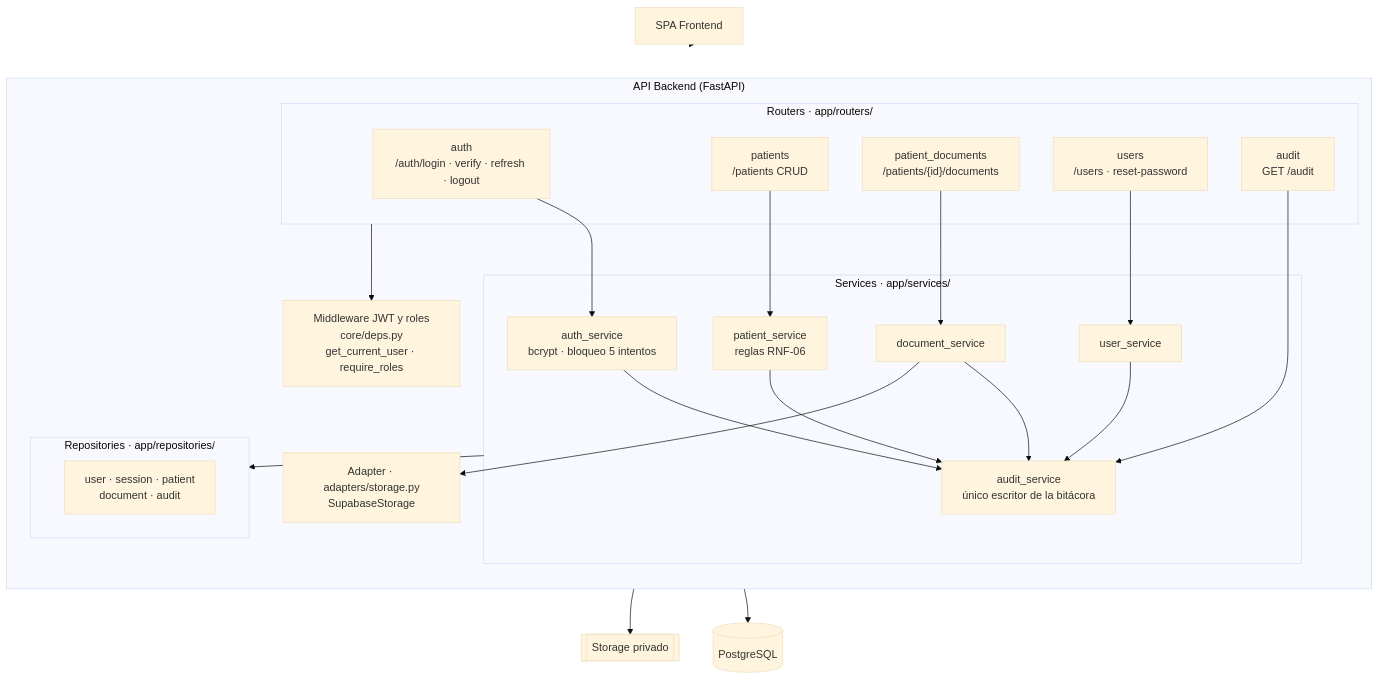
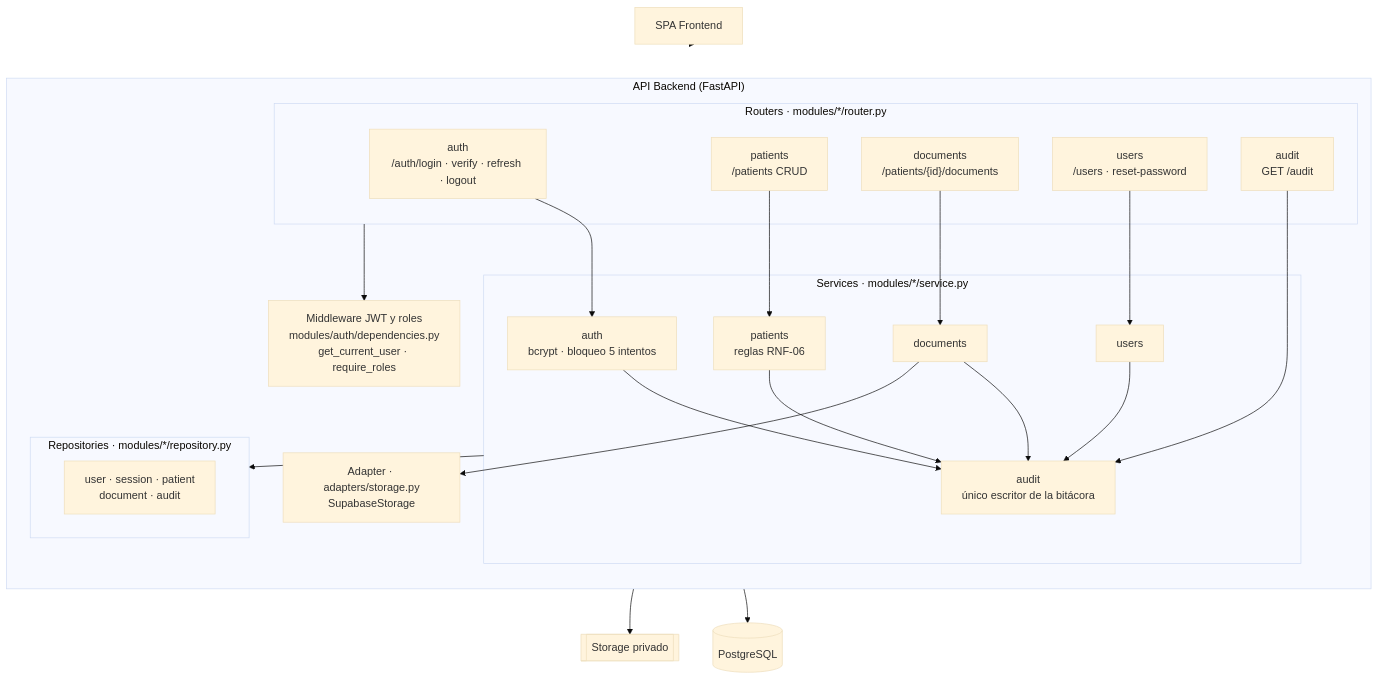
Before and after one commit to Joserppz/soluna-solutions: the third of 4 diagrams in docs/arquitectura/C4_Y_MODELO_ER_ACTUALIZADO.md, drawn with Mermaid (base theme). The commit also changed 76 other files, not shown here.

````diff
--- a/docs/arquitectura/C4_Y_MODELO_ER_ACTUALIZADO.md
+++ b/docs/arquitectura/C4_Y_MODELO_ER_ACTUALIZADO.md
@@ -62,47 +62,47 @@
 ```mermaid
 flowchart TB
     cliente["SPA Frontend"]
 
     subgraph api["API Backend (FastAPI)"]
         direction TB
-        subgraph routers["Routers · app/routers/"]
+        subgraph routers["Routers · modules/*/router.py"]
             r_auth["auth<br/>/auth/login · verify · refresh · logout"]
             r_pat["patients<br/>/patients CRUD"]
-            r_doc["patient_documents<br/>/patients/{id}/documents"]
+            r_doc["documents<br/>/patients/{id}/documents"]
             r_usr["users<br/>/users · reset-password"]
             r_aud["audit<br/>GET /audit"]
         end
 
-        deps["Middleware JWT y roles<br/>core/deps.py<br/>get_current_user · require_roles"]
+        deps["Middleware JWT y roles<br/>modules/auth/dependencies.py<br/>get_current_user · require_roles"]
 
-        subgraph services["Services · app/services/"]
-            s_auth["auth_service<br/>bcrypt · bloqueo 5 intentos"]
-            s_pat["patient_service<br/>reglas RNF-06"]
-            s_doc["document_service"]
-            s_usr["user_service"]
-            s_aud["audit_service<br/>único escritor de la bitácora"]
+        subgraph services["Services · modules/*/service.py"]
+            s_auth["auth<br/>bcrypt · bloqueo 5 intentos"]
+            s_pat["patients<br/>reglas RNF-06"]
+            s_doc["documents"]
+            s_usr["users"]
+            s_aud["audit<br/>único escritor de la bitácora"]
         end
 
-        subgraph repos["Repositories · app/repositories/"]
+        subgraph repos["Repositories · modules/*/repository.py"]
             rp["user · session · patient<br/>document · audit"]
         end
 
         adapter["Adapter · adapters/storage.py<br/>SupabaseStorage"]
     end
 
     db[("PostgreSQL")]
     bucket[["Storage privado"]]
 
     cliente --> routers
     routers --> deps
     r_auth --> s_auth
     r_pat --> s_pat
     r_doc --> s_doc
     r_usr --> s_usr
     r_aud --> s_aud
     s_auth & s_pat & s_doc & s_usr --> s_aud
     services --> repos
     s_doc --> adapter
     repos --> db
     adapter --> bucket
 ```
````
